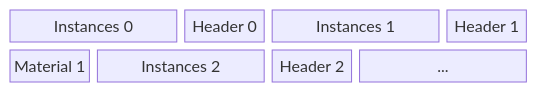
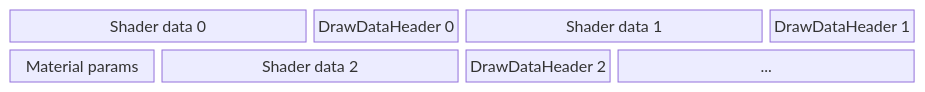
The second of 5 diagrams in docs/render-backend-architecture.md (ljaaskela/velk-platform), drawn with Mermaid before and after one commit. The commit also changed other lines of this file and 9 other files, not shown here.

````diff
--- a/docs/render-backend-architecture.md
+++ b/docs/render-backend-architecture.md
@@ -87,6 +87,6 @@
 ```mermaid
 block-beta
     columns 6
-    A["Instances 0"]:2 B["Header 0"]:1 C["Instances 1"]:2 D["Header 1"]:1
-    E["Material 1"]:1 F["Instances 2"]:2 G["Header 2"]:1 H["..."]:2
+    A["Shader data 0"]:2 B["DrawDataHeader 0"]:1 C["Shader data 1"]:2 D["DrawDataHeader 1"]:1
+    E["Material params"]:1 F["Shader data 2"]:2 G["DrawDataHeader 2"]:1 H["..."]:2
 ```
````
